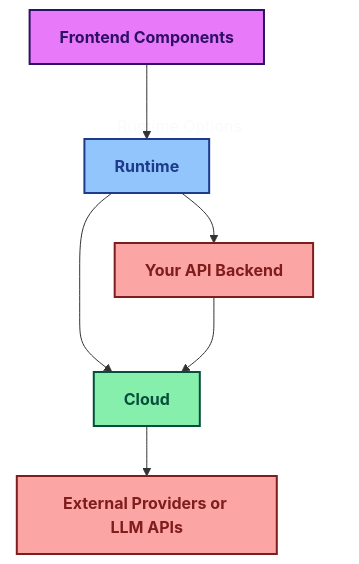
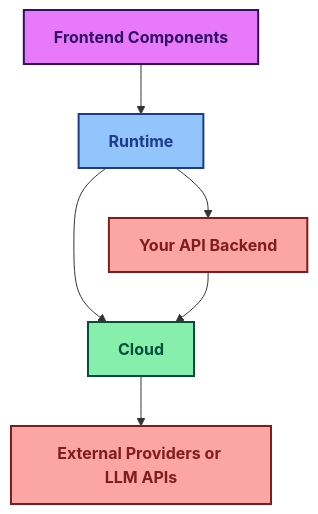
One commit to assistant-ui/assistant-ui changed the third of 3 diagrams in apps/docs/content/docs/architecture.mdx. Above: the diagram before and after it, drawn with Mermaid. The commit also changed other lines of this file and 2 other files, not shown here.

````diff
--- a/apps/docs/content/docs/architecture.mdx
+++ b/apps/docs/content/docs/architecture.mdx
@@ -85,24 +75,18 @@
 ```mermaid
 graph TD
     A[Frontend Components] --> B[Runtime]
     B --> C[Cloud]
     E --> C
     C --> D[External Providers or LLM APIs]
     B --> E[Your API Backend]
     
-    subgraph runtimeOptions["Runtime Options"]
-        B
-        E
-    end
-    
     classDef default color:#f8fafc,text-align:center
     
     style A fill:#e879f9,stroke:#2e1065,stroke-width:2px,color:#2e1065,font-weight:bold
     style B fill:#93c5fd,stroke:#1e3a8a,stroke-width:2px,color:#1e3a8a,font-weight:bold
     style C fill:#86efac,stroke:#064e3b,stroke-width:2px,color:#064e3b,font-weight:bold
     style D fill:#fca5a5,stroke:#7f1d1d,stroke-width:2px,color:#7f1d1d,font-weight:bold
     style E fill:#fca5a5,stroke:#7f1d1d,stroke-width:2px,color:#7f1d1d,font-weight:bold
-    style runtimeOptions fill:transparent,color:#f8fafc,stroke:none
     
     class A,B,C,D,E default
 ```
````
